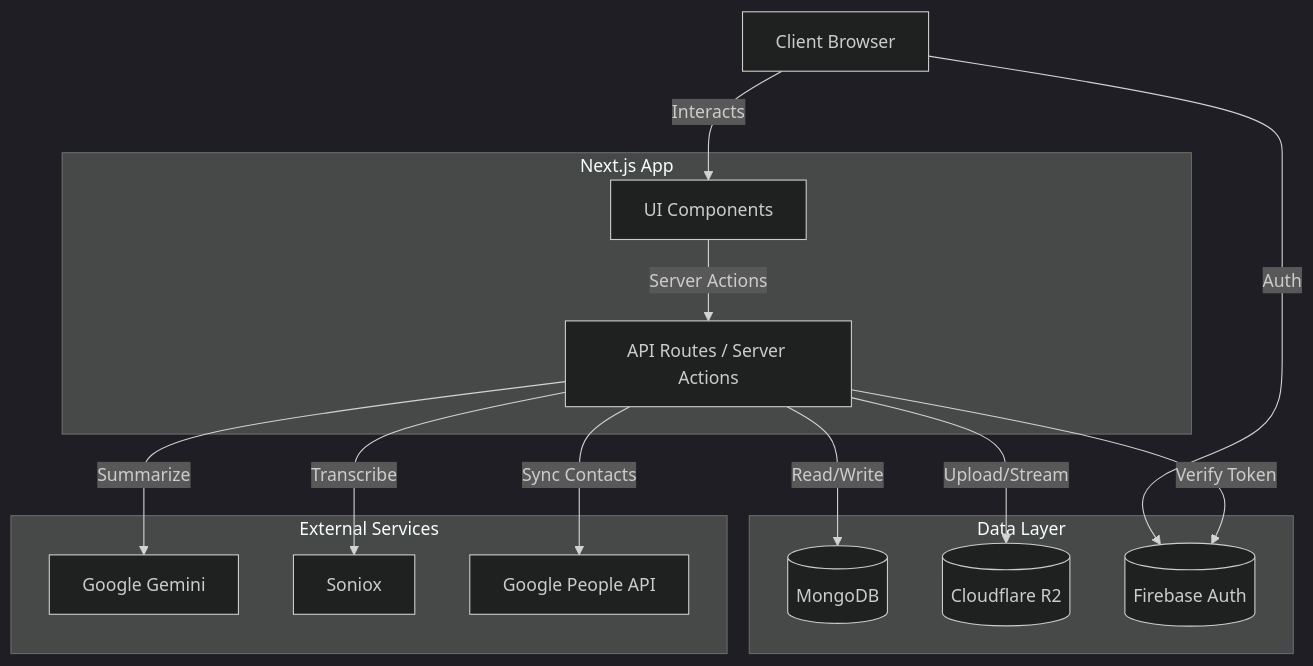
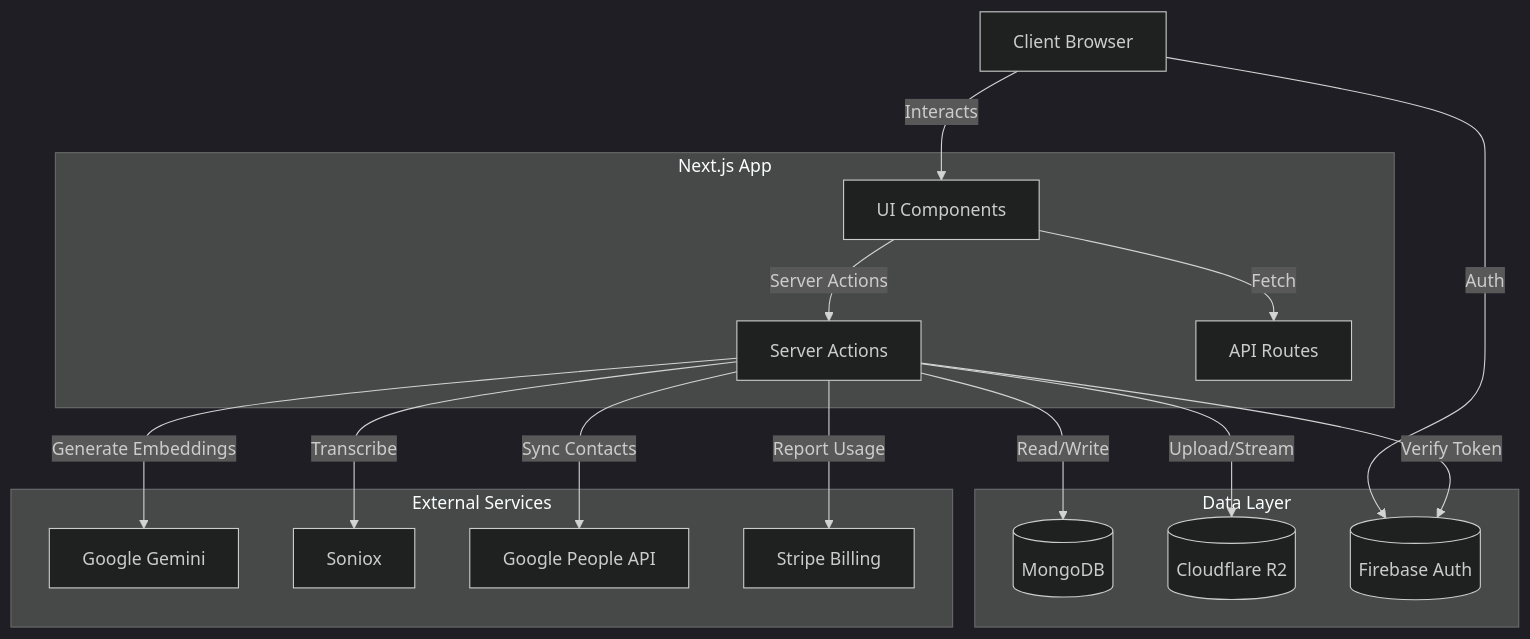
One commit to virusz4274/callery changed the diagram in docs/architecture.md. Above: the diagram before and after it, drawn with Mermaid (dark theme). The commit also changed other lines of this file and 67 other files, not shown here.

````diff
--- a/docs/architecture.md
+++ b/docs/architecture.md
@@ -23,30 +28,34 @@
 ```mermaid
 graph TD
     Client[Client Browser]
     subgraph "Next.js App"
         UI[UI Components]
-        API[API Routes / Server Actions]
+        Actions[Server Actions]
+        API[API Routes]
     end
     
     subgraph "Data Layer"
         MongoDB[(MongoDB)]
         R2[(Cloudflare R2)]
         Firebase[(Firebase Auth)]
     end
     
     subgraph "External Services"
         Gemini[Google Gemini]
         Soniox[Soniox]
         GPeople[Google People API]
+        Stripe[Stripe Billing]
     end
 
     Client -->|Interacts| UI
-    UI -->|Server Actions| API
-    API -->|Read/Write| MongoDB
-    API -->|Upload/Stream| R2
+    UI -->|Server Actions| Actions
+    UI -->|Fetch| API
+    Actions -->|Read/Write| MongoDB
+    Actions -->|Upload/Stream| R2
     Client -->|Auth| Firebase
-    API -->|Verify Token| Firebase
-    API -->|Summarize| Gemini
-    API -->|Transcribe| Soniox
-    API -->|Sync Contacts| GPeople
+    Actions -->|Verify Token| Firebase
+    Actions -->|Generate Embeddings| Gemini
+    Actions -->|Transcribe| Soniox
+    Actions -->|Sync Contacts| GPeople
+    Actions -->|Report Usage| Stripe
 ```
````
